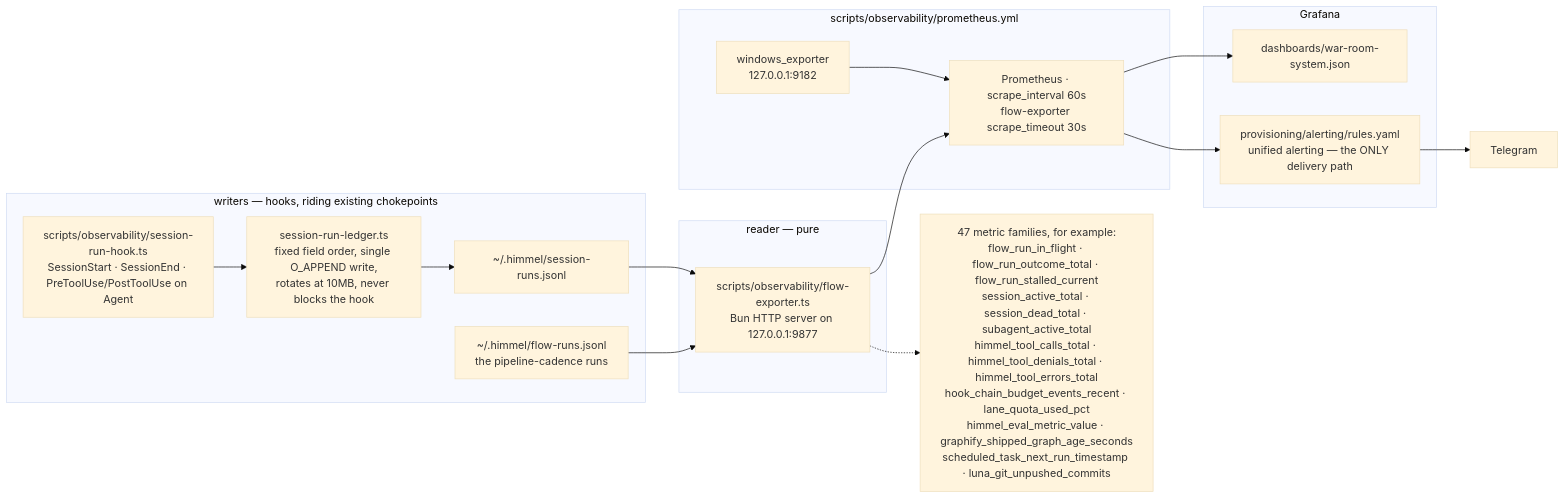
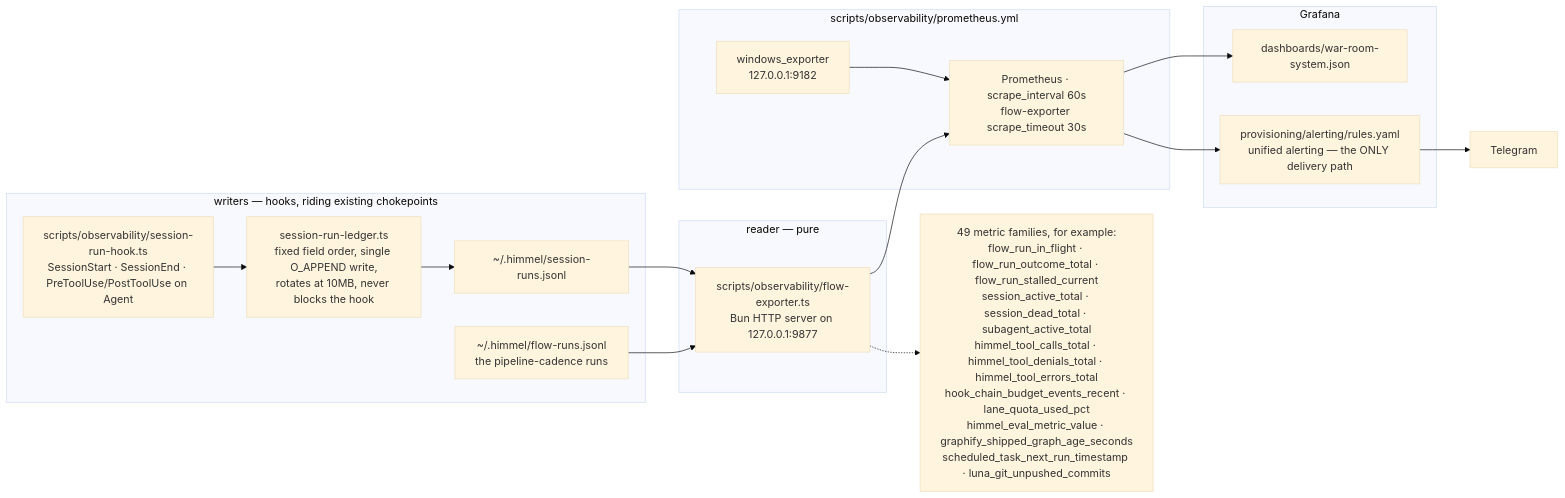
The fifth of 5 diagrams in docs/architecture.md (yotamleo-org/Himmel), drawn with Mermaid (base theme) before and after one commit. The commit also changed other lines of this file, not shown here.

First line of the commit message:
docs(site): [HIMMEL-6284] architecture counts 49 metric families and 16 plugin hook commands

````diff
--- a/docs/architecture.md
+++ b/docs/architecture.md
@@ -266,34 +266,34 @@
 ```mermaid
 flowchart LR
     subgraph WRITE["writers — hooks, riding existing chokepoints"]
         HK["scripts/observability/session-run-hook.ts<br/>SessionStart · SessionEnd · PreToolUse/PostToolUse on Agent"]
         SL["session-run-ledger.ts<br/>fixed field order, single O_APPEND write,<br/>rotates at 10MB, never blocks the hook"]
         LED["~/.himmel/session-runs.jsonl"]
         FLOW["~/.himmel/flow-runs.jsonl<br/>the pipeline-cadence runs"]
         HK --> SL --> LED
     end
 
     subgraph READ["reader — pure"]
         EXP["scripts/observability/flow-exporter.ts<br/>Bun HTTP server on 127.0.0.1:9877"]
         LED --> EXP
         FLOW --> EXP
     end
 
     subgraph SCRAPE["scripts/observability/prometheus.yml"]
         PROM["Prometheus · scrape_interval 60s<br/>flow-exporter scrape_timeout 30s"]
         WEXP["windows_exporter<br/>127.0.0.1:9182"]
         EXP --> PROM
         WEXP --> PROM
     end
 
     subgraph VIEW["Grafana"]
         DASH["dashboards/war-room-system.json"]
         ALERT["provisioning/alerting/rules.yaml<br/>unified alerting — the ONLY delivery path"]
         PROM --> DASH
         PROM --> ALERT
     end
 
     ALERT --> TG["Telegram"]
 
-    EXP -.-> M["47 metric families, for example:<br/>flow_run_in_flight · flow_run_outcome_total · flow_run_stalled_current<br/>session_active_total · session_dead_total · subagent_active_total<br/>himmel_tool_calls_total · himmel_tool_denials_total · himmel_tool_errors_total<br/>hook_chain_budget_events_recent · lane_quota_used_pct<br/>himmel_eval_metric_value · graphify_shipped_graph_age_seconds<br/>scheduled_task_next_run_timestamp · luna_git_unpushed_commits"]
+    EXP -.-> M["49 metric families, for example:<br/>flow_run_in_flight · flow_run_outcome_total · flow_run_stalled_current<br/>session_active_total · session_dead_total · subagent_active_total<br/>himmel_tool_calls_total · himmel_tool_denials_total · himmel_tool_errors_total<br/>hook_chain_budget_events_recent · lane_quota_used_pct<br/>himmel_eval_metric_value · graphify_shipped_graph_age_seconds<br/>scheduled_task_next_run_timestamp · luna_git_unpushed_commits"]
 ```
````
